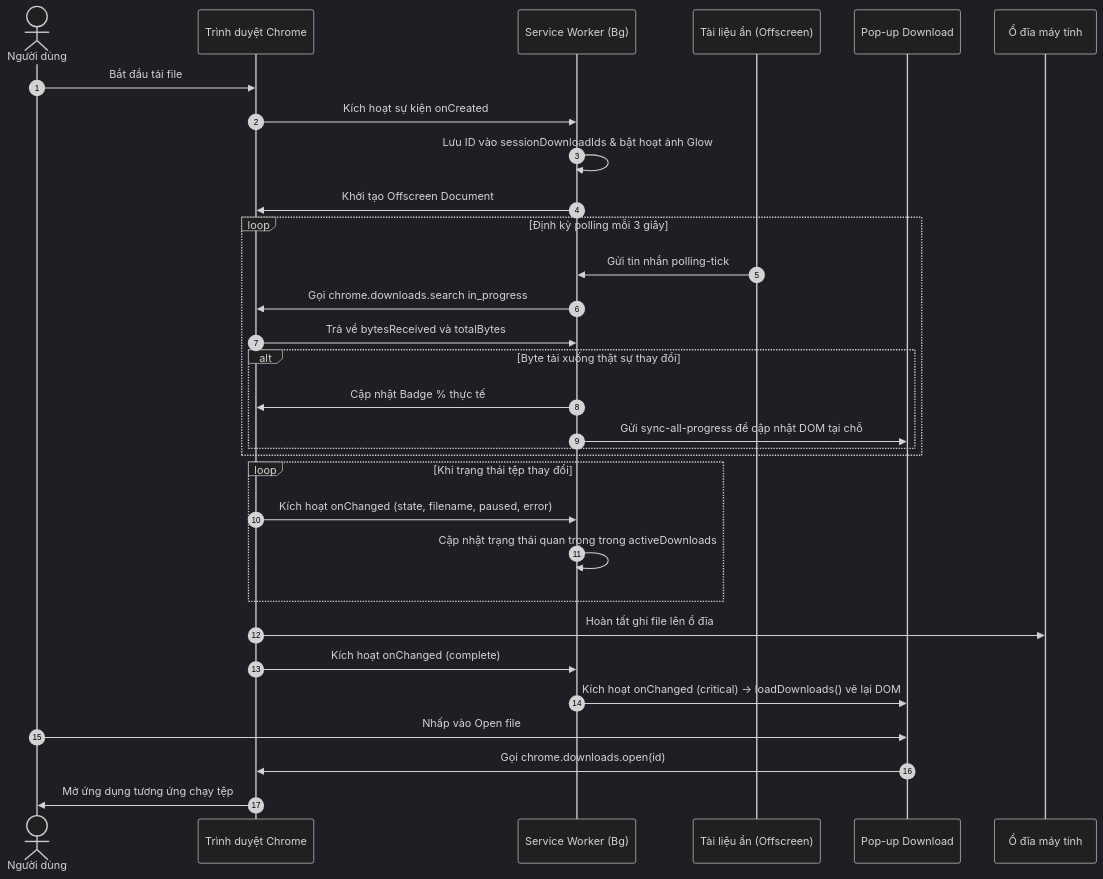
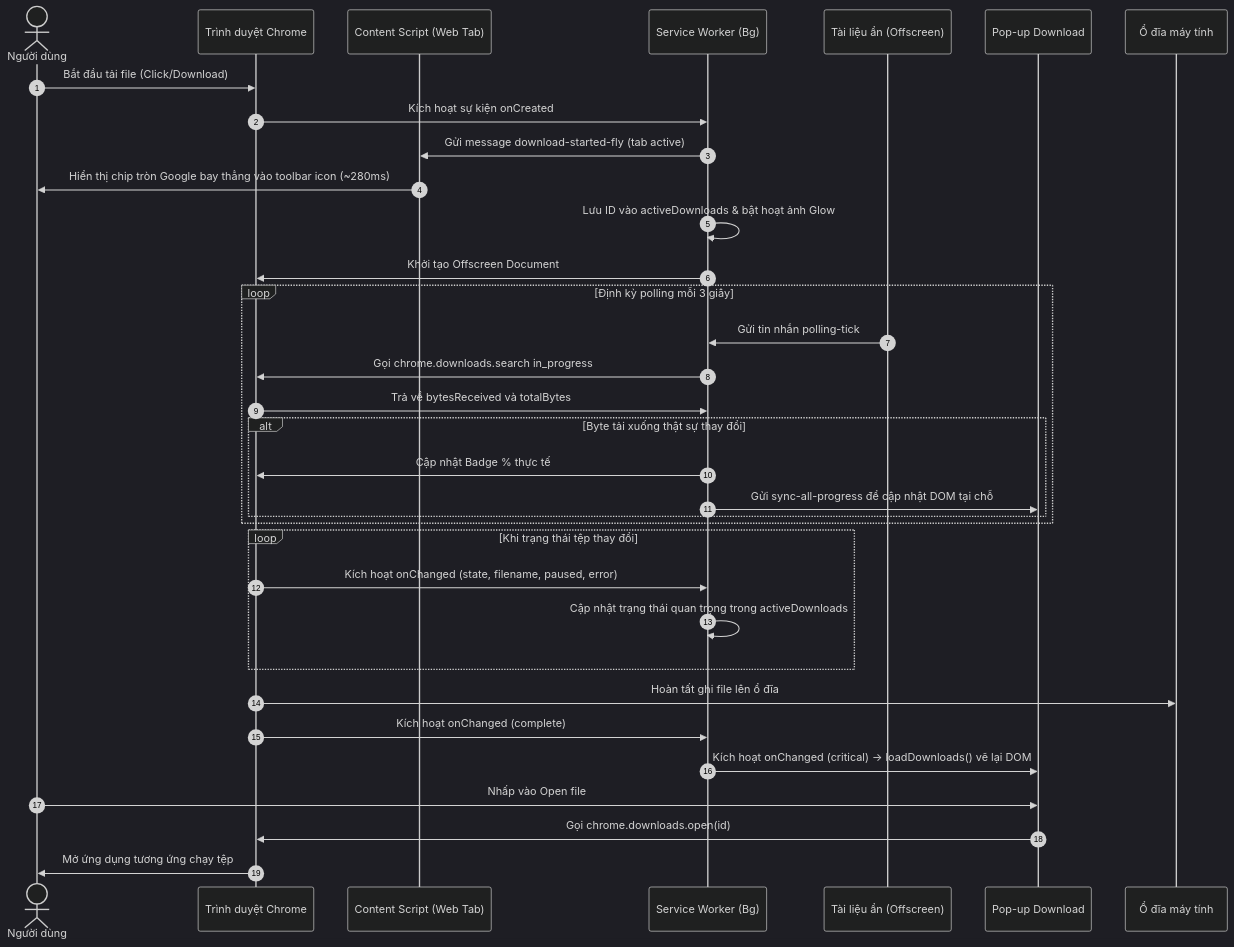
Before and after one commit to CodeingOver/CustomeDownLoad-HistoryExtensionForChrome: the second of 2 diagrams in docs/architecture.md, drawn with Mermaid (dark theme). The commit also changed other lines of this file and 6 other files, not shown here.

Commit message:
feat: add Edge Downloads extension with download fly animation and background tracking

````diff
--- a/docs/architecture.md
+++ b/docs/architecture.md
@@ -163,34 +167,37 @@
 ```mermaid
 sequenceDiagram
     autonumber
     actor User as Người dùng
     participant Chrome as Trình duyệt Chrome
+    participant Content as Content Script (Web Tab)
     participant SW as Service Worker (Bg)
     participant Offscreen as Tài liệu ẩn (Offscreen)
     participant Pop as Pop-up Download
     participant Disk as Ổ đĩa máy tính
 
-    User->>Chrome: Bắt đầu tải file
+    User->>Chrome: Bắt đầu tải file (Click/Download)
     Chrome->>SW: Kích hoạt sự kiện onCreated
-    SW->>SW: Lưu ID vào sessionDownloadIds & bật hoạt ảnh Glow
+    SW->>Content: Gửi message download-started-fly (tab active)
+    Content->>User: Hiển thị chip tròn Google bay thẳng vào toolbar icon (~280ms)
+    SW->>SW: Lưu ID vào activeDownloads & bật hoạt ảnh Glow
     SW->>Chrome: Khởi tạo Offscreen Document
     loop Định kỳ polling mỗi 3 giây
         Offscreen->>SW: Gửi tin nhắn polling-tick
         SW->>Chrome: Gọi chrome.downloads.search in_progress
         Chrome->>SW: Trả về bytesReceived và totalBytes
         alt Byte tải xuống thật sự thay đổi
             SW->>Chrome: Cập nhật Badge % thực tế
             SW->>Pop: Gửi sync-all-progress để cập nhật DOM tại chỗ
         end
     end
     loop Khi trạng thái tệp thay đổi
         Chrome->>SW: Kích hoạt onChanged (state, filename, paused, error)
         SW->>SW: Cập nhật trạng thái quan trọng trong activeDownloads
     end
     Chrome->>Disk: Hoàn tất ghi file lên ổ đĩa
     Chrome->>SW: Kích hoạt onChanged (complete)
     SW->>Pop: Kích hoạt onChanged (critical) -> loadDownloads() vẽ lại DOM
     User->>Pop: Nhấp vào Open file
     Pop->>Chrome: Gọi chrome.downloads.open(id)
     Chrome->>User: Mở ứng dụng tương ứng chạy tệp
 ```
````
